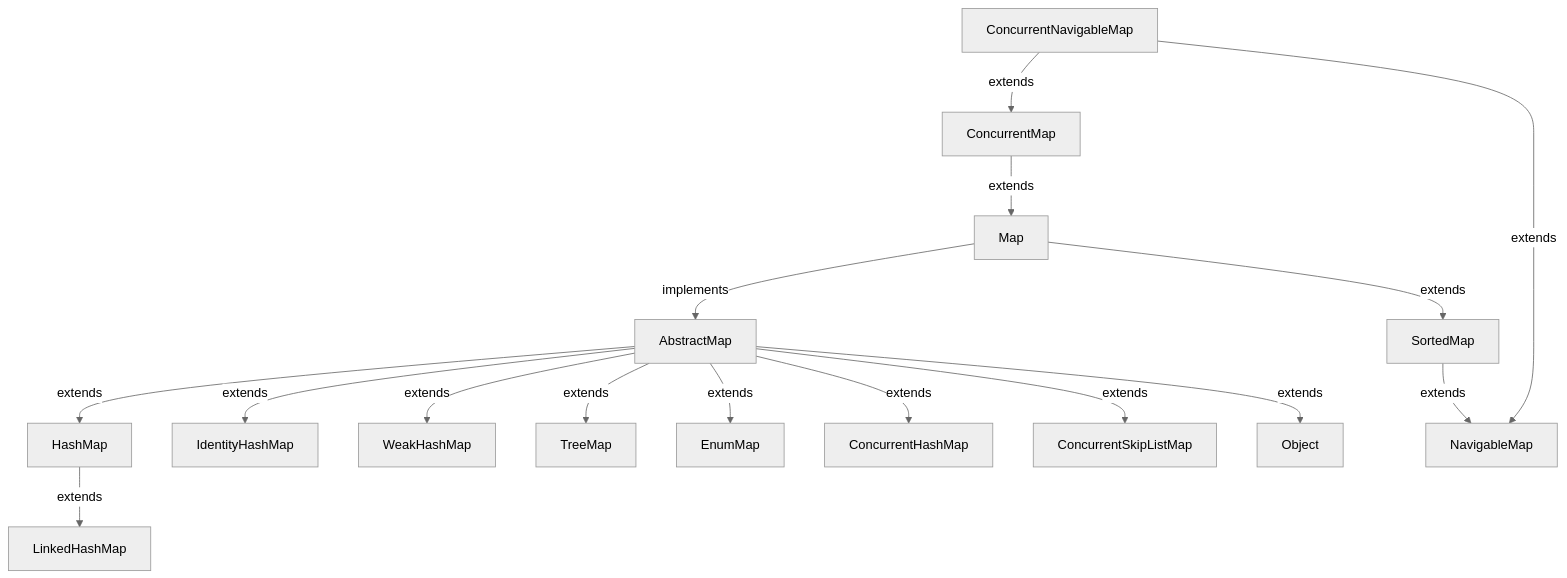
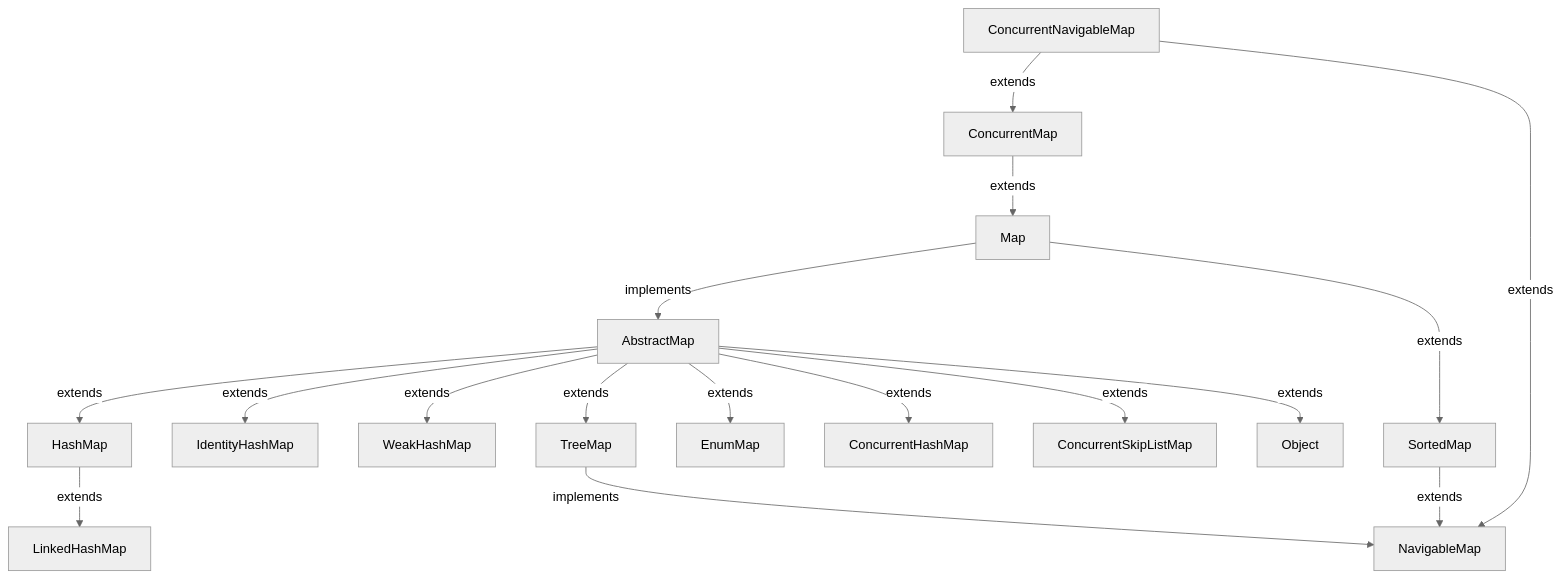
One commit to AvinandanBose/Java-Collections-Map changed the third of 8 diagrams in README.md. Above: the diagram before and after it, drawn with Mermaid (neutral theme).

````diff
--- a/README.md
+++ b/README.md
@@ -782,19 +782,20 @@
 ```mermaid
  
  graph TD;
     Map-->|implements| AbstractMap;
     AbstractMap-->|extends| HashMap;
     AbstractMap-->|extends| IdentityHashMap;
     AbstractMap-->|extends| WeakHashMap;
     AbstractMap-->|extends| TreeMap;
     AbstractMap-->|extends| EnumMap;
     AbstractMap-->|extends| ConcurrentHashMap;
     AbstractMap-->|extends| ConcurrentSkipListMap;
     AbstractMap-->|extends| Object;
     HashMap-->|extends| LinkedHashMap; 
     ConcurrentMap-->|extends| Map;
     Map-->|extends| SortedMap;
     SortedMap-->|extends| NavigableMap;
+    TreeMap-->|implements| NavigableMap;
     ConcurrentNavigableMap-->|extends| ConcurrentMap;
     ConcurrentNavigableMap-->|extends| NavigableMap;
  ```
````
